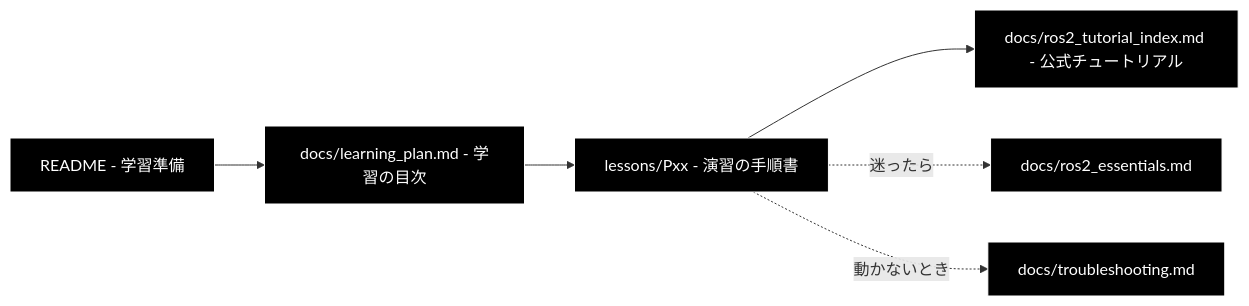
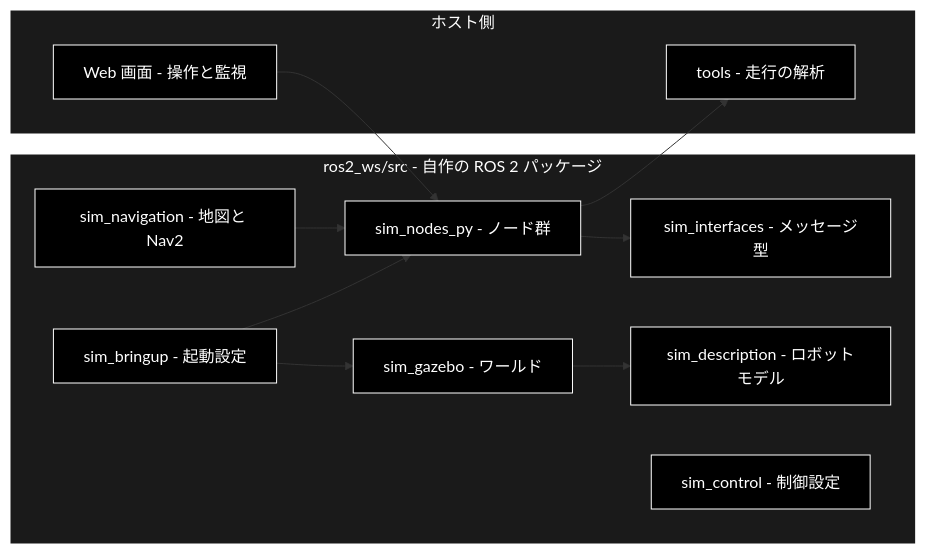
One commit to nakashima2toshio/sim_ros2_v1 changed the first of 4 diagrams in README.md. Above: the diagram before and after it, drawn with Mermaid. The commit also changed other lines of this file and 8 other files, not shown here.

````diff
--- a/README.md
+++ b/README.md
@@ -44,10 +120,28 @@
 ```mermaid
 flowchart LR
-    R["README - 学習準備"] --> P["docs/learning_plan.md - 学習の目次"]
-    P --> L["lessons/Pxx - 演習の手順書"]
-    L --> T["docs/ros2_tutorial_index.md - 公式チュートリアル"]
-    L -.->|"迷ったら"| E["docs/ros2_essentials.md"]
-    L -.->|"動かないとき"| X["docs/troubleshooting.md"]
+    subgraph Ws["ros2_ws/src - 自作の ROS 2 パッケージ"]
+        N["sim_nodes_py - ノード群"]
+        I["sim_interfaces - メッセージ型"]
+        D["sim_description - ロボットモデル"]
+        G["sim_gazebo - ワールド"]
+        C["sim_control - 制御設定"]
+        V["sim_navigation - 地図と Nav2"]
+        B["sim_bringup - 起動設定"]
+    end
+    subgraph Host["ホスト側"]
+        T["tools - 走行の解析"]
+        W["Web 画面 - 操作と監視"]
+    end
+    B --> N
+    B --> G
+    G --> D
+    N --> I
+    V --> N
+    N --> T
+    W --> N
 classDef default fill:#000,stroke:#fff,color:#fff
-class R,P,L,T,E,X default
+classDef subgraphStyle fill:#1a1a1a,stroke:#fff,color:#fff
+class N,I,D,G,C,V,B,T,W default
+style Ws fill:#1a1a1a,stroke:#fff,color:#fff
+style Host fill:#1a1a1a,stroke:#fff,color:#fff
 ```
````
